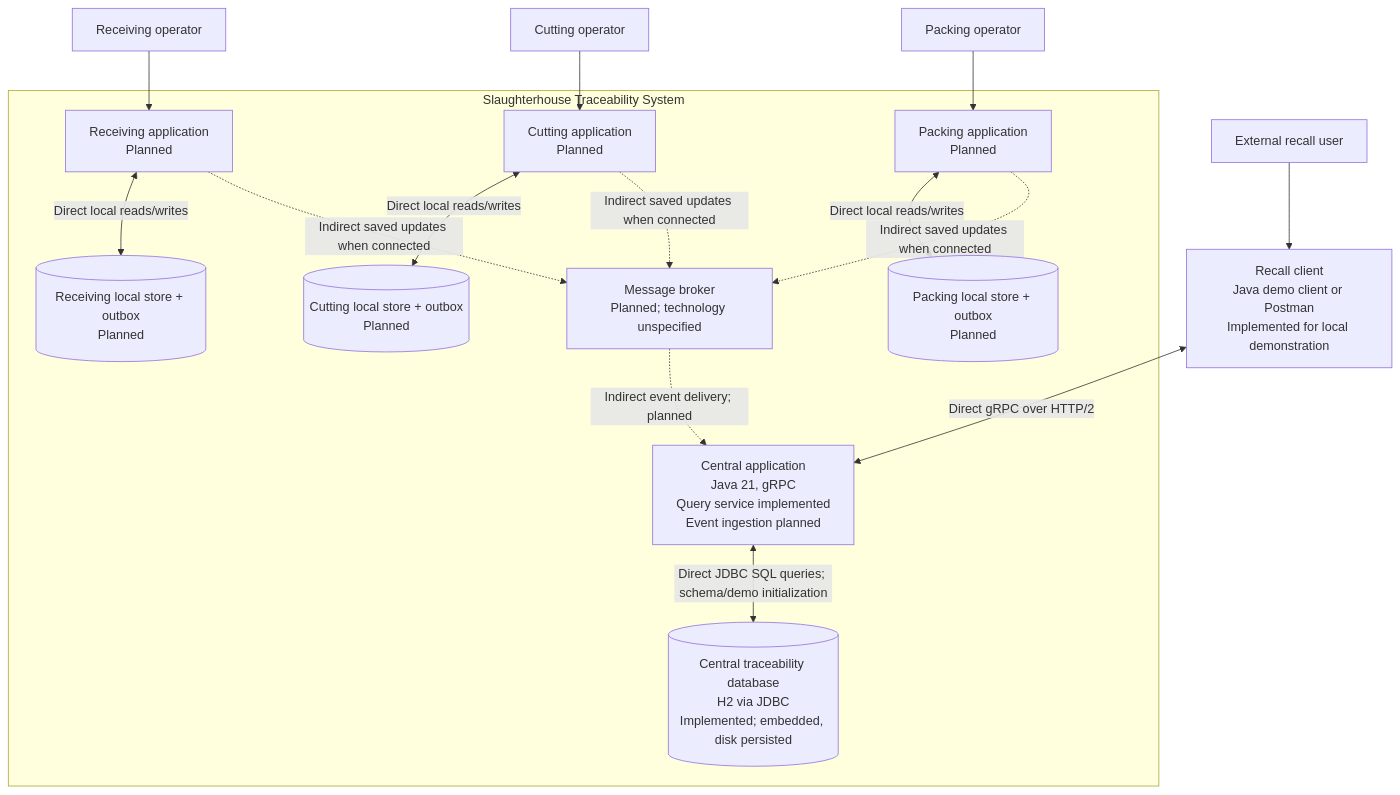
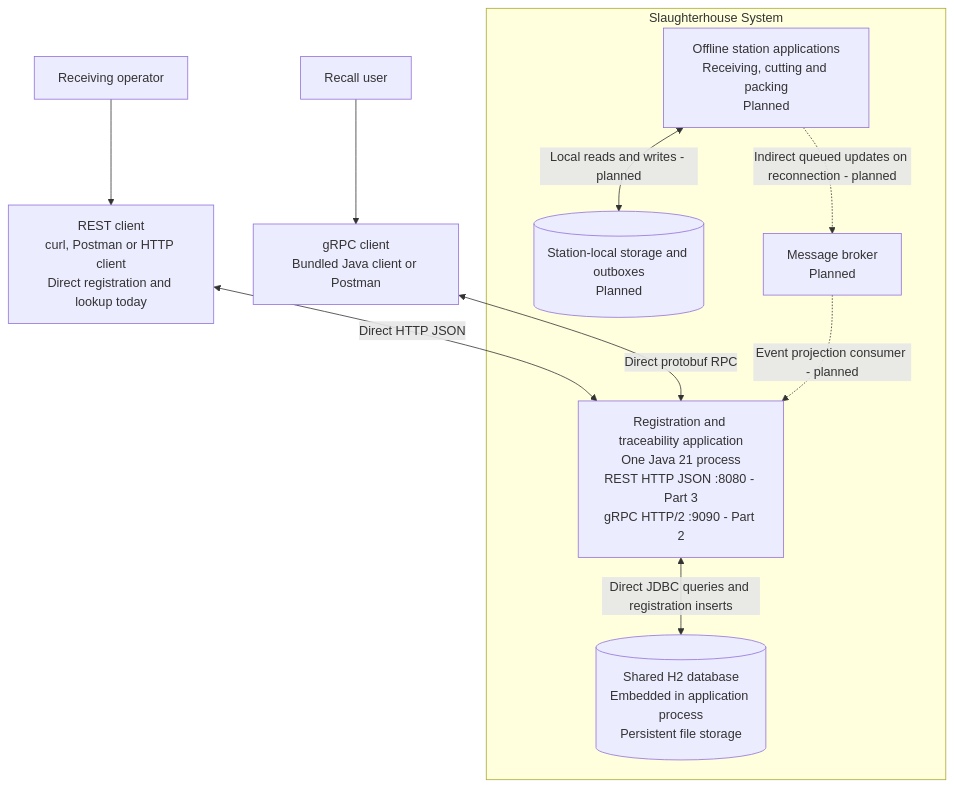
One commit to M0dlyn/PRO3Assignment changed the second of 3 diagrams in docs/architecture.md. Above: the diagram before and after it, drawn with Mermaid. The commit also changed other lines of this file and 16 other files, not shown here.

````diff
--- a/docs/architecture.md
+++ b/docs/architecture.md
@@ -25,32 +24,22 @@
 ```mermaid
 flowchart TB
-    ro[Receiving operator]
-    co[Cutting operator]
-    po[Packing operator]
-    user[External recall user]
-    client["Recall client<br/>Java demo client or Postman<br/>Implemented for local demonstration"]
-    subgraph system[Slaughterhouse Traceability System]
-        receiving["Receiving application<br/>Planned"]
-        cutting["Cutting application<br/>Planned"]
-        packing["Packing application<br/>Planned"]
-        rdb[("Receiving local store + outbox<br/>Planned")]
-        cdb[("Cutting local store + outbox<br/>Planned")]
-        pdb[("Packing local store + outbox<br/>Planned")]
-        broker["Message broker<br/>Planned; technology unspecified"]
-        central["Central application<br/>Java 21, gRPC<br/>Query service implemented<br/>Event ingestion planned"]
-        db[("Central traceability database<br/>H2 via JDBC<br/>Implemented; embedded, disk persisted")]
+    operator[Receiving operator]
+    recall[Recall user]
+    restClient["REST client<br/>curl, Postman or HTTP client<br/>Direct registration and lookup today"]
+    grpcClient["gRPC client<br/>Bundled Java client or Postman"]
+    subgraph system[Slaughterhouse System]
+        app["Registration and traceability application<br/>One Java 21 process<br/>REST HTTP JSON :8080 - Part 3<br/>gRPC HTTP/2 :9090 - Part 2"]
+        db[("Shared H2 database<br/>Embedded in application process<br/>Persistent file storage")]
+        station["Offline station applications<br/>Receiving, cutting and packing<br/>Planned"]
+        local[("Station-local storage and outboxes<br/>Planned")]
+        broker["Message broker<br/>Planned"]
     end
-    ro --> receiving
-    co --> cutting
-    po --> packing
-    receiving <-->|Direct local reads/writes| rdb
-    cutting <-->|Direct local reads/writes| cdb
-    packing <-->|Direct local reads/writes| pdb
-    receiving -.->|Indirect saved updates when connected| broker
-    cutting -.->|Indirect saved updates when connected| broker
-    packing -.->|Indirect saved updates when connected| broker
-    broker -.->|Indirect event delivery; planned| central
-    user --> client
-    client <-->|Direct gRPC over HTTP/2| central
-    central <-->|Direct JDBC SQL queries; schema/demo initialization| db
+    operator --> restClient
+    restClient <-->|Direct HTTP JSON| app
+    recall --> grpcClient
+    grpcClient <-->|Direct protobuf RPC| app
+    app <-->|Direct JDBC queries and registration inserts| db
+    station <-->|Local reads and writes - planned| local
+    station -.->|Indirect queued updates on reconnection - planned| broker
+    broker -.->|Event projection consumer - planned| app
 ```
````
